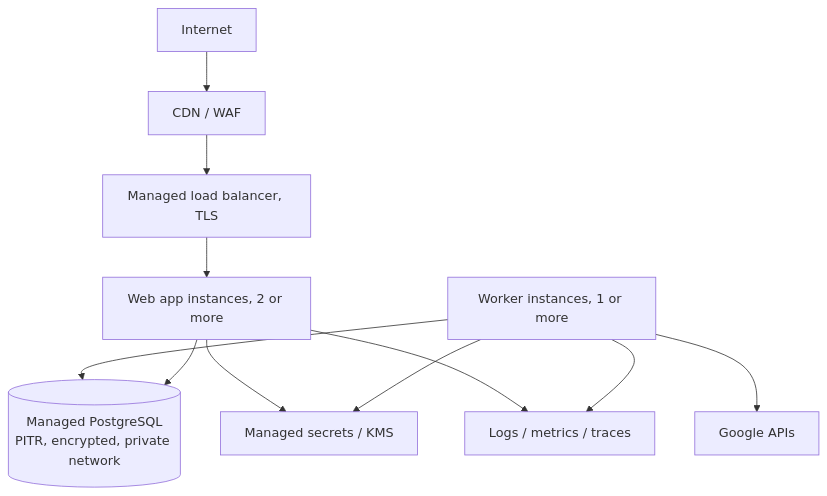
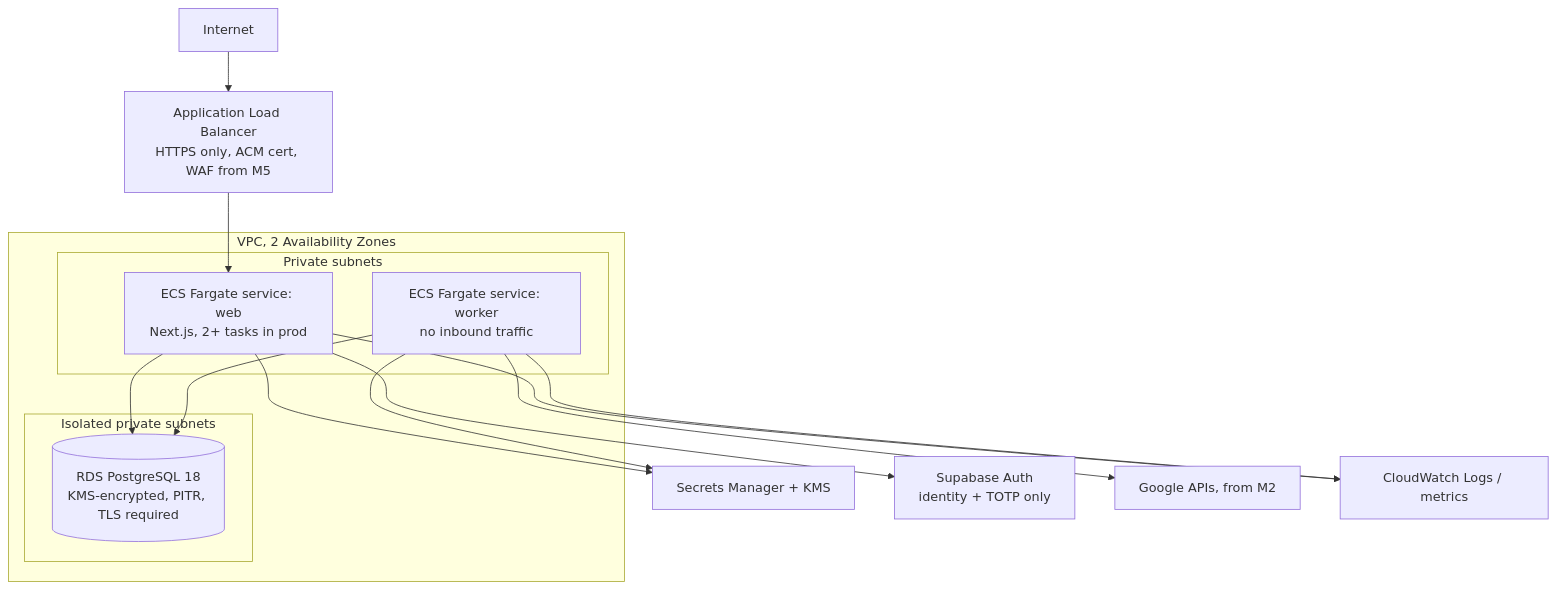
Before and after one commit to joetabora/schoolos-platform: the fourth of 4 diagrams in docs/SYSTEM_ARCHITECTURE.md, drawn with Mermaid. The commit also changed other lines of this file and 19 other files, not shown here.

First line of the commit message:
docs: ratify M1 architecture decisions (ADR-0012 to ADR-0019)

````diff
--- a/docs/SYSTEM_ARCHITECTURE.md
+++ b/docs/SYSTEM_ARCHITECTURE.md
@@ -303,13 +314,22 @@
 ```mermaid
 flowchart TB
-  Internet --> CDN["CDN / WAF"]
-  CDN --> LB["Managed load balancer, TLS"]
-  LB --> WEB1["Web app instances, 2 or more"]
-  WRK1["Worker instances, 1 or more"] --> PG
-  WEB1 --> PG[("Managed PostgreSQL<br/>PITR, encrypted, private network")]
-  WEB1 --> SEC["Managed secrets / KMS"]
+  Internet --> ALB["Application Load Balancer<br/>HTTPS only, ACM cert, WAF from M5"]
+  subgraph VPC["VPC, 2 Availability Zones"]
+    subgraph Private["Private subnets"]
+      WEB1["ECS Fargate service: web<br/>Next.js, 2+ tasks in prod"]
+      WRK1["ECS Fargate service: worker<br/>no inbound traffic"]
+    end
+    subgraph Isolated["Isolated private subnets"]
+      PG[("RDS PostgreSQL 18<br/>KMS-encrypted, PITR, TLS required")]
+    end
+  end
+  ALB --> WEB1
+  WEB1 --> PG
+  WRK1 --> PG
+  WEB1 --> SEC["Secrets Manager + KMS"]
   WRK1 --> SEC
-  WRK1 --> GAPI["Google APIs"]
-  WEB1 --> OBS["Logs / metrics / traces"]
+  WEB1 --> SUPA["Supabase Auth<br/>identity + TOTP only"]
+  WRK1 --> GAPI["Google APIs, from M2"]
+  WEB1 --> OBS["CloudWatch Logs / metrics"]
   WRK1 --> OBS
 ```
````
